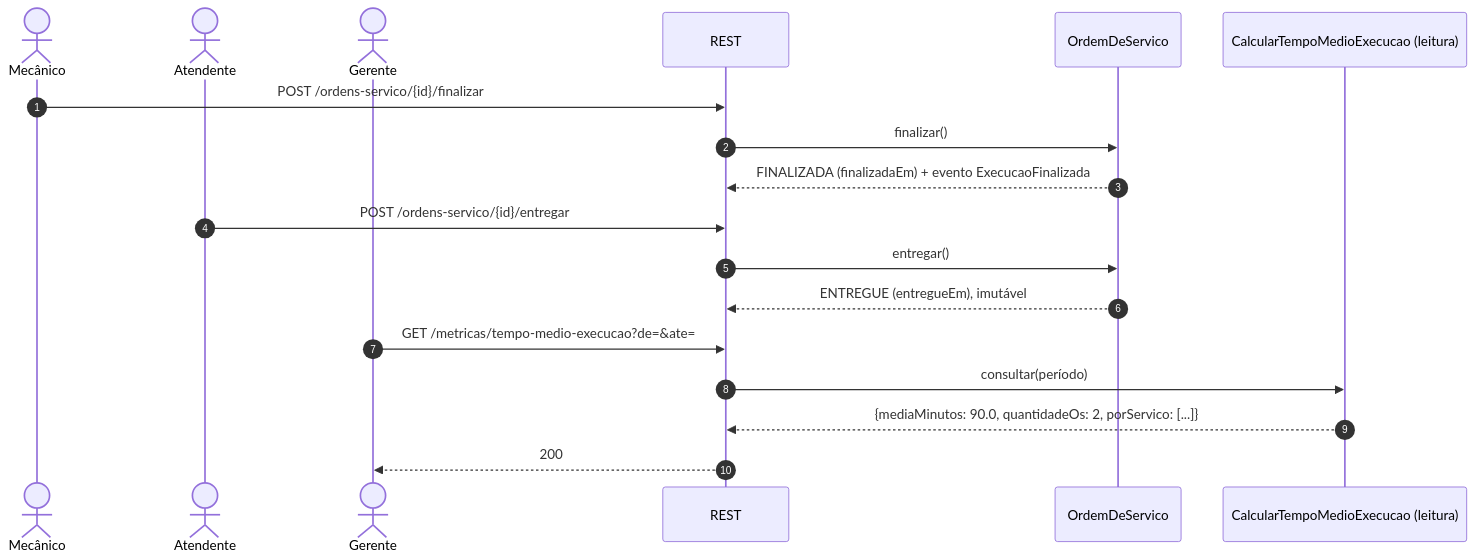
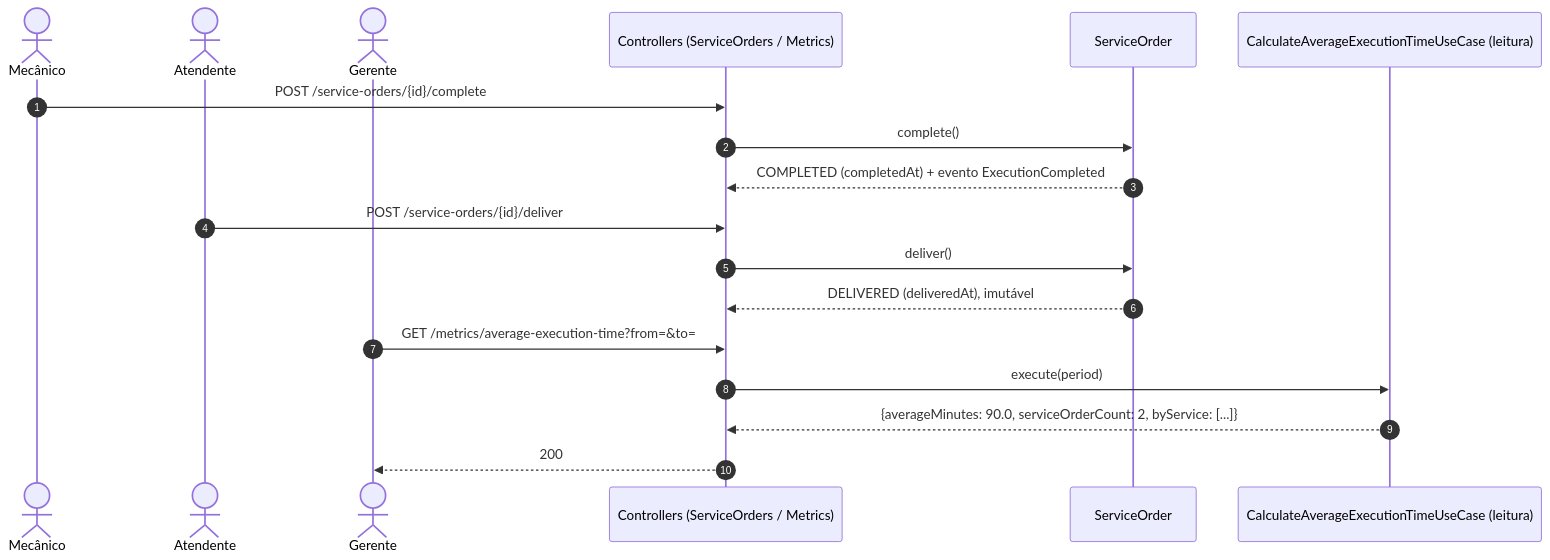
The fourth of 6 diagrams in docs/04-arquitetura/fluxos.md (HermandoThiago/FIAP-SOAT), drawn with Mermaid before and after one commit. The commit also changed other lines of this file and 42 other files, not shown here.

````diff
--- a/docs/04-arquitetura/fluxos.md
+++ b/docs/04-arquitetura/fluxos.md
@@ -99,20 +100,20 @@
 ```mermaid
 sequenceDiagram
     autonumber
     actor Me as Mecânico
     actor At as Atendente
     actor Ge as Gerente
-    participant API as REST
-    participant OS as OrdemDeServico
-    participant MET as CalcularTempoMedioExecucao (leitura)
-    Me->>API: POST /ordens-servico/{id}/finalizar
-    API->>OS: finalizar()
-    OS-->>API: FINALIZADA (finalizadaEm) + evento ExecucaoFinalizada
-    At->>API: POST /ordens-servico/{id}/entregar
-    API->>OS: entregar()
-    OS-->>API: ENTREGUE (entregueEm), imutável
-    Ge->>API: GET /metricas/tempo-medio-execucao?de=&ate=
-    API->>MET: consultar(período)
-    MET-->>API: {mediaMinutos: 90.0, quantidadeOs: 2, porServico: [...]}
+    participant API as Controllers (ServiceOrders / Metrics)
+    participant OS as ServiceOrder
+    participant MET as CalculateAverageExecutionTimeUseCase (leitura)
+    Me->>API: POST /service-orders/{id}/complete
+    API->>OS: complete()
+    OS-->>API: COMPLETED (completedAt) + evento ExecutionCompleted
+    At->>API: POST /service-orders/{id}/deliver
+    API->>OS: deliver()
+    OS-->>API: DELIVERED (deliveredAt), imutável
+    Ge->>API: GET /metrics/average-execution-time?from=&to=
+    API->>MET: execute(period)
+    MET-->>API: {averageMinutes: 90.0, serviceOrderCount: 2, byService: [...]}
     API-->>Ge: 200
 ```
````
